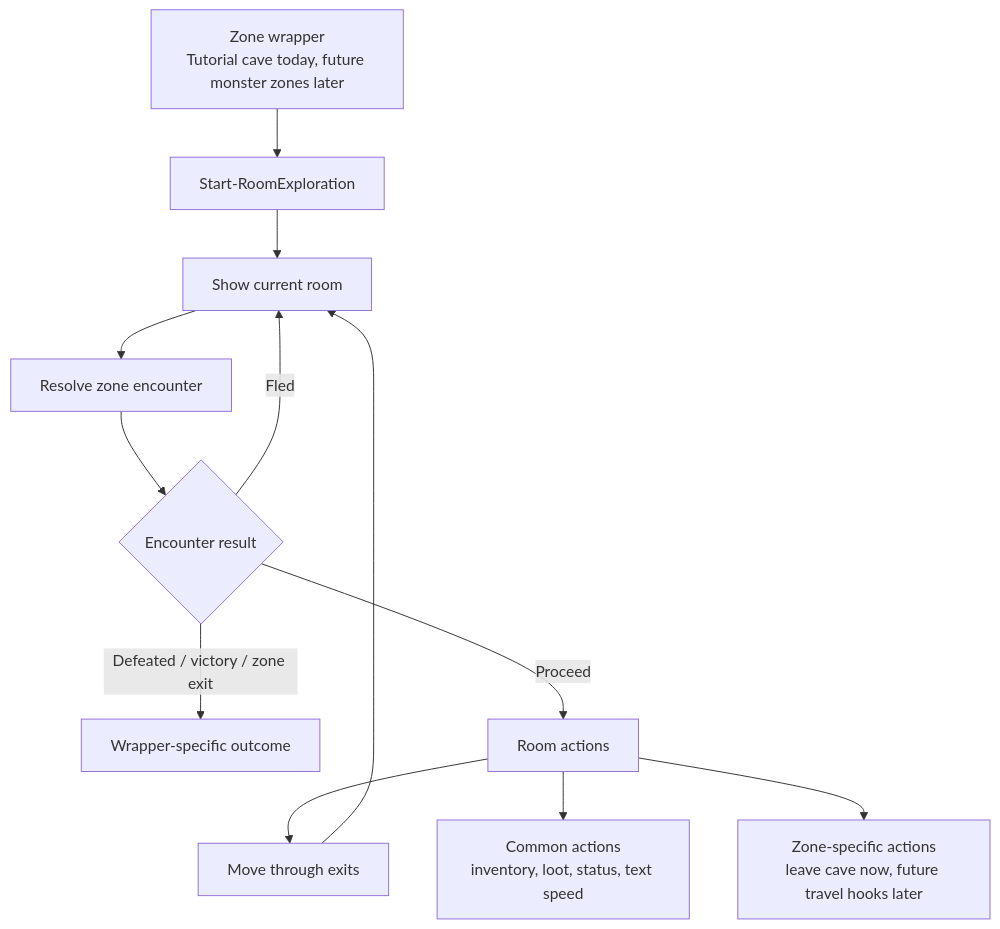
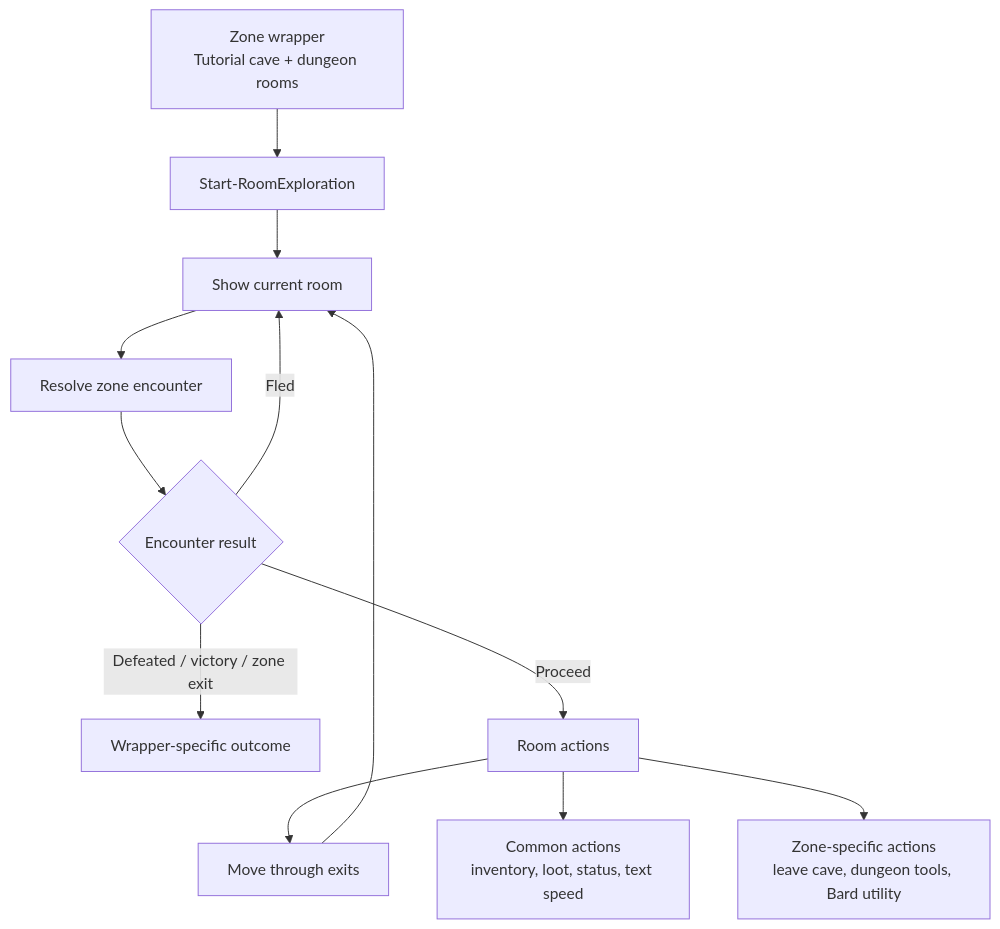
One commit to JesperYH24/dnd-git-adventure changed the second of 3 diagrams in docs/visual-game-flow.md. Above: the diagram before and after it, drawn with Mermaid. The commit also changed other lines of this file and 6 other files, not shown here.

````diff
--- a/docs/visual-game-flow.md
+++ b/docs/visual-game-flow.md
@@ -37,14 +38,14 @@
 ```mermaid
 flowchart TD
-    Zone["Zone wrapper\nTutorial cave today, future monster zones later"] --> Core["Start-RoomExploration"]
+    Zone["Zone wrapper\nTutorial cave + dungeon rooms"] --> Core["Start-RoomExploration"]
     Core --> Show["Show current room"]
     Show --> Encounter["Resolve zone encounter"]
     Encounter --> EncounterResult{"Encounter result"}
     EncounterResult -- "Defeated / victory / zone exit" --> Wrapper["Wrapper-specific outcome"]
     EncounterResult -- "Fled" --> Show
     EncounterResult -- "Proceed" --> Actions["Room actions"]
     Actions --> Move["Move through exits"]
     Actions --> Common["Common actions\ninventory, loot, status, text speed"]
-    Actions --> Custom["Zone-specific actions\nleave cave now, future travel hooks later"]
+    Actions --> Custom["Zone-specific actions\nleave cave, dungeon tools, Bard utility"]
     Move --> Show
 ```
````
